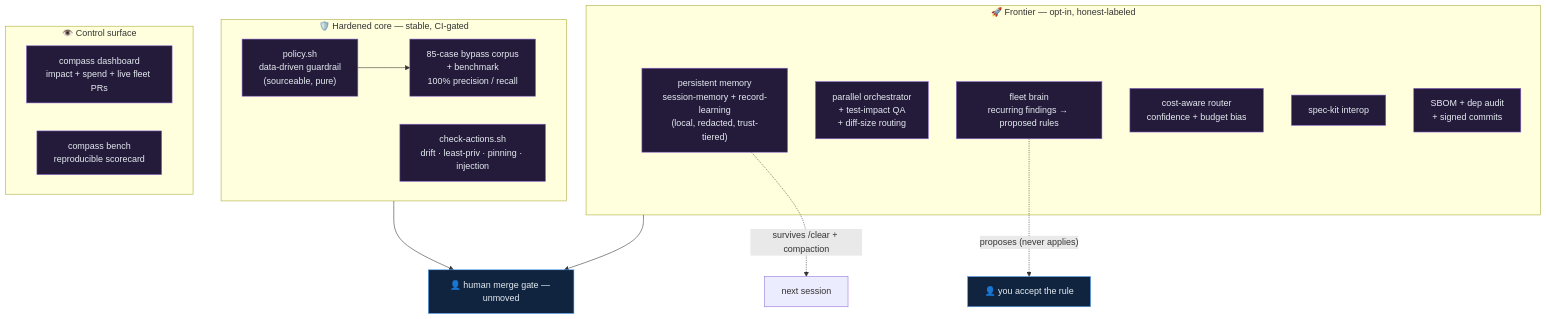
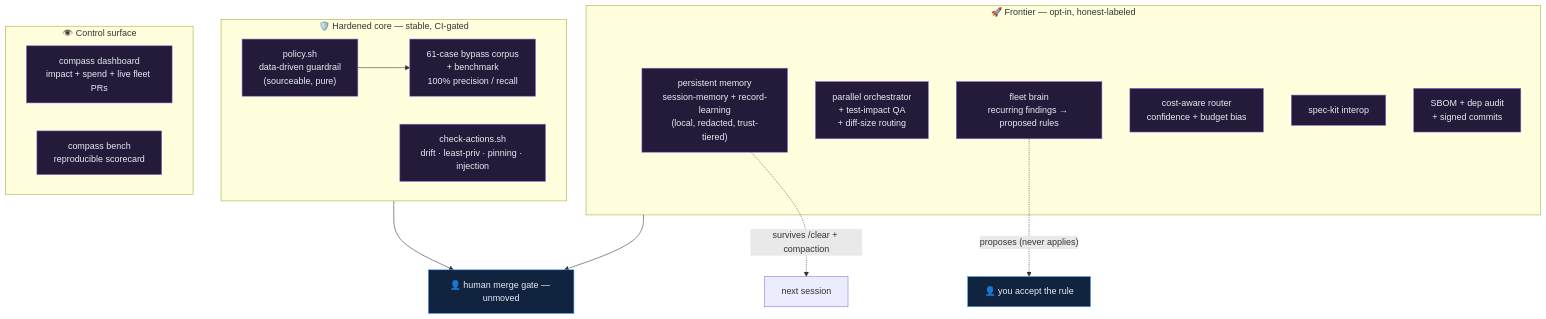
Before and after one commit to dshakes/compass: the diagram in docs/16-hardening-and-frontier.md, drawn with Mermaid. The commit also changed other lines of this file and 24 other files, not shown here.

````diff
--- a/docs/16-hardening-and-frontier.md
+++ b/docs/16-hardening-and-frontier.md
@@ -19,29 +19,29 @@
 ```mermaid
 flowchart TB
   subgraph HARDEN["🛡️ Hardened core — stable, CI-gated"]
     pol["policy.sh<br/>data-driven guardrail<br/>(sourceable, pure)"]
-    corp["85-case bypass corpus<br/>+ benchmark<br/>100% precision / recall"]
+    corp["61-case bypass corpus<br/>+ benchmark<br/>100% precision / recall"]
     act["check-actions.sh<br/>drift · least-priv · pinning · injection"]
     pol --> corp
   end
   subgraph FRONTIER["🚀 Frontier — opt-in, honest-labeled"]
     mem["persistent memory<br/>session-memory + record-learning<br/>(local, redacted, trust-tiered)"]
     par["parallel orchestrator<br/>+ test-impact QA<br/>+ diff-size routing"]
     brain["fleet brain<br/>recurring findings → proposed rules"]
     router["cost-aware router<br/>confidence + budget bias"]
     spec["spec-kit interop"]
     prov["SBOM + dep audit<br/>+ signed commits"]
   end
   subgraph SURFACE["👁️ Control surface"]
     dash["compass dashboard<br/>impact + spend + live fleet PRs"]
     bench["compass bench<br/>reproducible scorecard"]
   end
   HARDEN --> gate["👤 human merge gate — unmoved"]
   FRONTIER --> gate
   brain -.->|"proposes (never applies)"| human["👤 you accept the rule"]
   mem -.->|"survives /clear + compaction"| sess["next session"]
   classDef h fill:#241a3a,stroke:#8A63D2,color:#e6edf3
   classDef g fill:#10243f,stroke:#58a6ff,color:#e6edf3
   class pol,corp,act,mem,par,brain,router,spec,prov,dash,bench h
   class gate,human g
 ```
````
